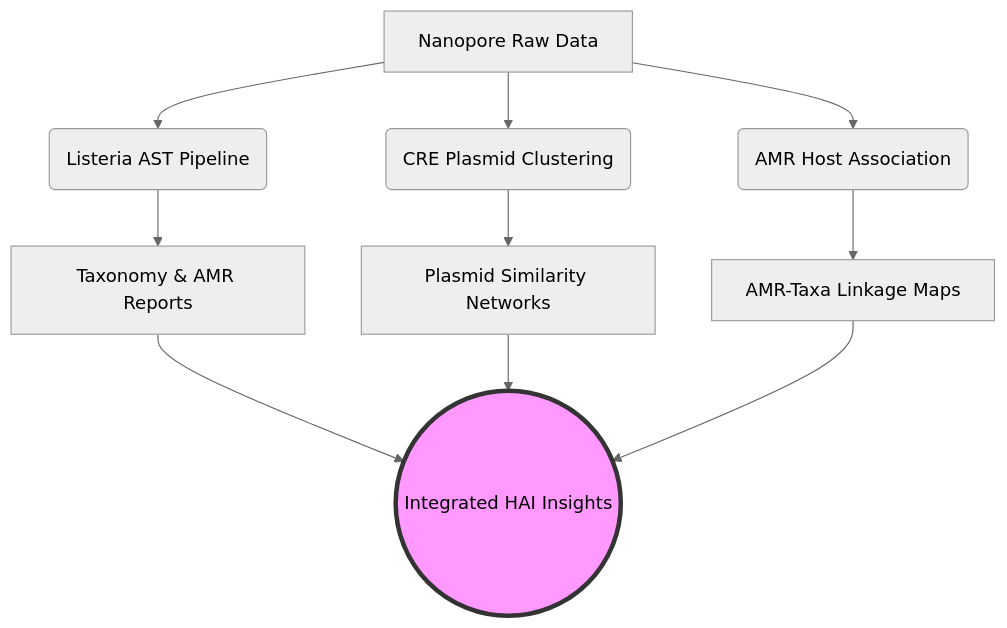
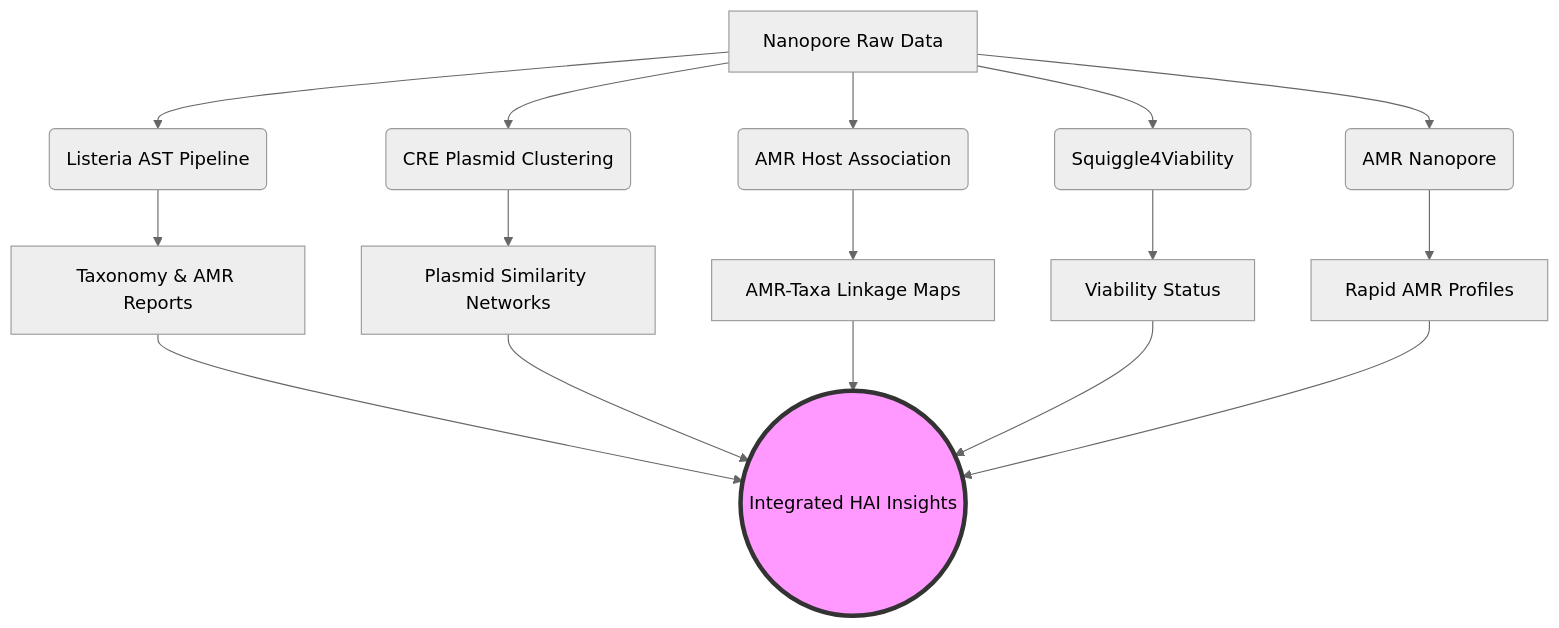
The diagram in README.md (ttmgr/GenomicsForOneHealth), drawn with Mermaid (neutral theme) before and after one commit. The commit also changed other lines of this file and 37 other files, not shown here.

Commit message:
feat: integrate Squiggle4Viability and AMR_nanopore pipelines

````diff
--- a/README.md
+++ b/README.md
@@ -75,16 +91,22 @@
 ```mermaid
 graph TD
     A[Nanopore Raw Data] --> B(Listeria AST Pipeline)
     A --> C(CRE Plasmid Clustering)
     A --> D(AMR Host Association)
+    A --> I(Squiggle4Viability)
+    A --> J(AMR Nanopore)
     
     B --> E[Taxonomy & AMR Reports]
     C --> F[Plasmid Similarity Networks]
     D --> G[AMR-Taxa Linkage Maps]
+    I --> K[Viability Status]
+    J --> L[Rapid AMR Profiles]
     
     E --> H((Integrated HAI Insights))
     F --> H
     G --> H
+    K --> H
+    L --> H
     
     style H fill:#f9f,stroke:#333,stroke-width:4px
 ```
````
